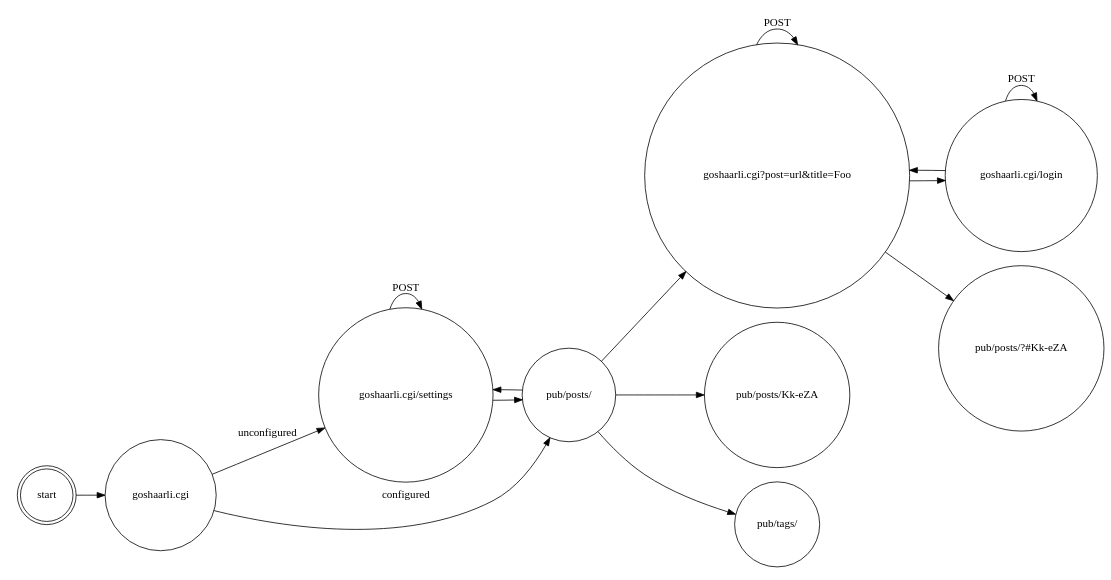
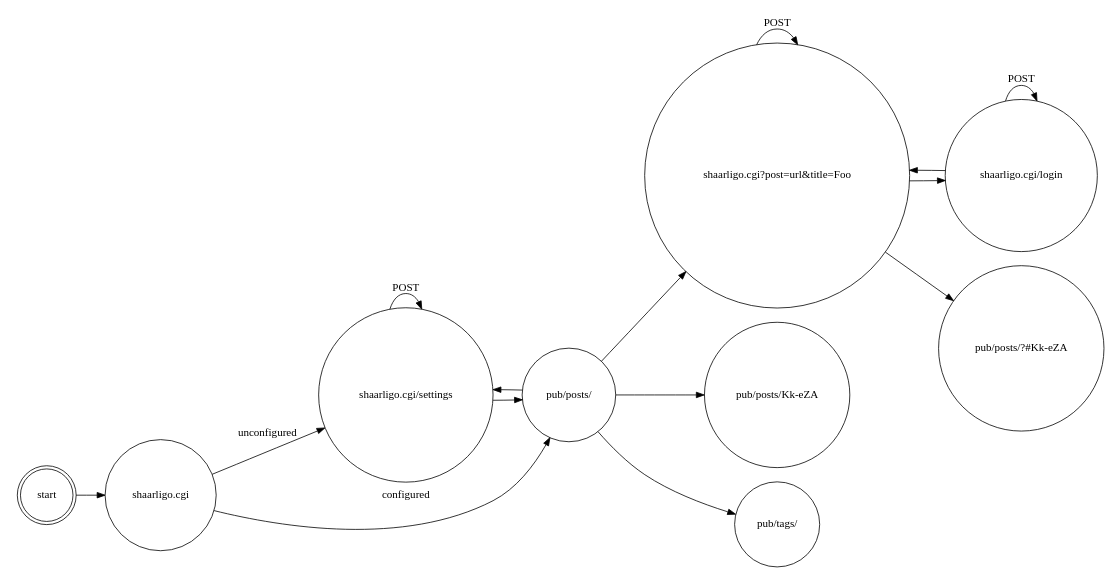
The diagram in flow.dot (mro/ShaarliGo), drawn with Graphviz before and after one commit. The commit also changed 22 other files, not shown here.

```diff
--- a/flow.dot
+++ b/flow.dot
@@ -1,31 +1,31 @@
 digraph flow {
 	rankdir=LR;
 	size="8,5"
 	node [shape = doublecircle]; 
 		start;
 
 	node [shape=circle];
-		"goshaarli.cgi" [ label = "goshaarli.cgi" ];
+		"shaarligo.cgi" [ label = "shaarligo.cgi" ];
 	
-	start -> "goshaarli.cgi";
-	"goshaarli.cgi" -> "goshaarli.cgi/settings" [ label = "unconfigured" ];
-	"goshaarli.cgi" -> "pub/posts/" [ label = "configured" ];
-	"goshaarli.cgi/settings" -> "goshaarli.cgi/settings" [ label = "POST" ];
-	"goshaarli.cgi/settings" -> "pub/posts/";
+	start -> "shaarligo.cgi";
+	"shaarligo.cgi" -> "shaarligo.cgi/settings" [ label = "unconfigured" ];
+	"shaarligo.cgi" -> "pub/posts/" [ label = "configured" ];
+	"shaarligo.cgi/settings" -> "shaarligo.cgi/settings" [ label = "POST" ];
+	"shaarligo.cgi/settings" -> "pub/posts/";
 	"pub/posts/" 
-		-> "goshaarli.cgi?post=url&title=Foo"
-		-> "goshaarli.cgi/login";
-	"goshaarli.cgi/login"
-		-> "goshaarli.cgi/login" [label=POST];
-	"goshaarli.cgi/login" 
-		-> "goshaarli.cgi?post=url&title=Foo"
+		-> "shaarligo.cgi?post=url&title=Foo"
+		-> "shaarligo.cgi/login";
+	"shaarligo.cgi/login"
+		-> "shaarligo.cgi/login" [label=POST];
+	"shaarligo.cgi/login" 
+		-> "shaarligo.cgi?post=url&title=Foo"
 		-> "pub/posts/?#Kk-eZA";
-	"goshaarli.cgi?post=url&title=Foo"
-		-> "goshaarli.cgi?post=url&title=Foo" [label=POST];
+	"shaarligo.cgi?post=url&title=Foo"
+		-> "shaarligo.cgi?post=url&title=Foo" [label=POST];
 	"pub/posts/" 
 		-> "pub/posts/Kk-eZA"
 	"pub/posts/" 
-		-> "goshaarli.cgi/settings"
+		-> "shaarligo.cgi/settings"
 	"pub/posts/" 
 		-> "pub/tags/" 
 }
```
